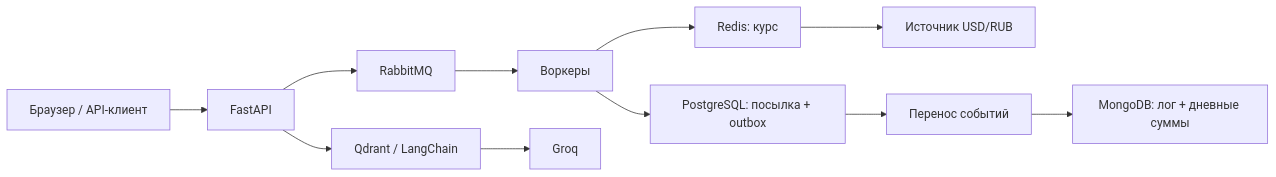
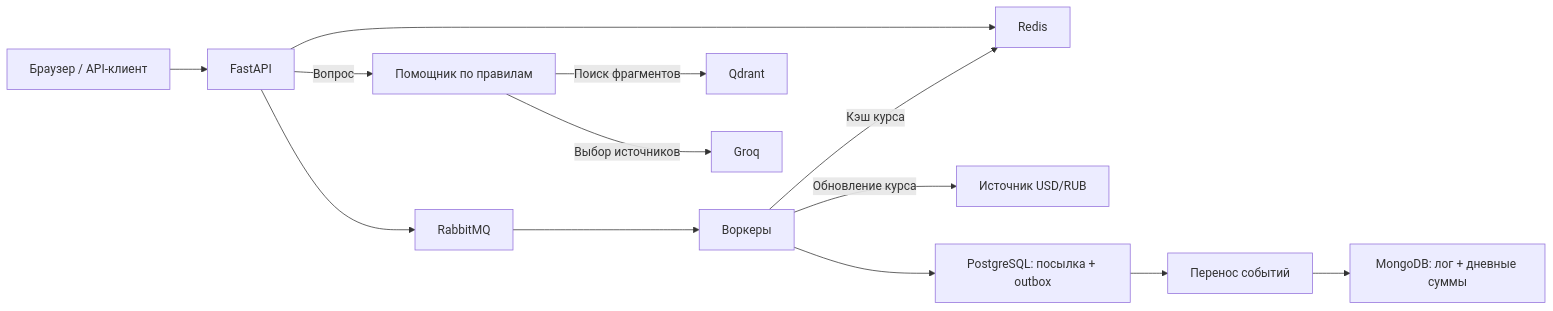
Before and after one commit to VadimVK-777/Delivery-Service: the diagram in README.md, drawn with Mermaid. The commit also changed other lines of this file and 1 other file, not shown here.

````diff
--- a/README.md
+++ b/README.md
@@ -86,13 +105,15 @@
 ```mermaid
 flowchart LR
     UI[Браузер / API-клиент] --> API[FastAPI]
     API --> MQ[RabbitMQ]
     MQ --> W[Воркеры]
-    W --> R[Redis: курс]
-    R --> CBR[Источник USD/RUB]
+    API --> R[Redis]
+    W -->|Кэш курса| R
+    W -->|Обновление курса| CBR[Источник USD/RUB]
     W --> PG[PostgreSQL: посылка + outbox]
     PG --> O[Перенос событий]
     O --> M[MongoDB: лог + дневные суммы]
-    API --> Q[Qdrant / LangChain]
-    Q --> L[Groq]
+    API -->|Вопрос| S[Помощник по правилам]
+    S -->|Поиск фрагментов| Q[Qdrant]
+    S -->|Выбор источников| L[Groq]
 ```
````
